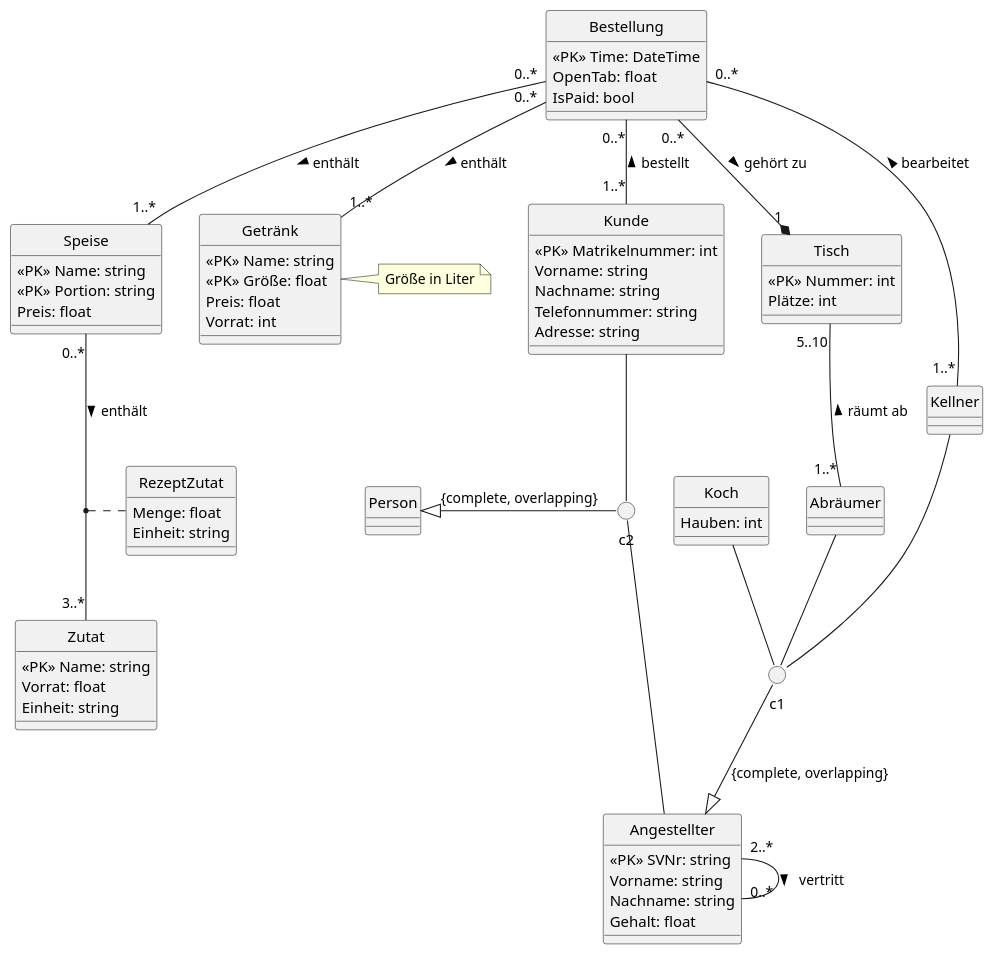
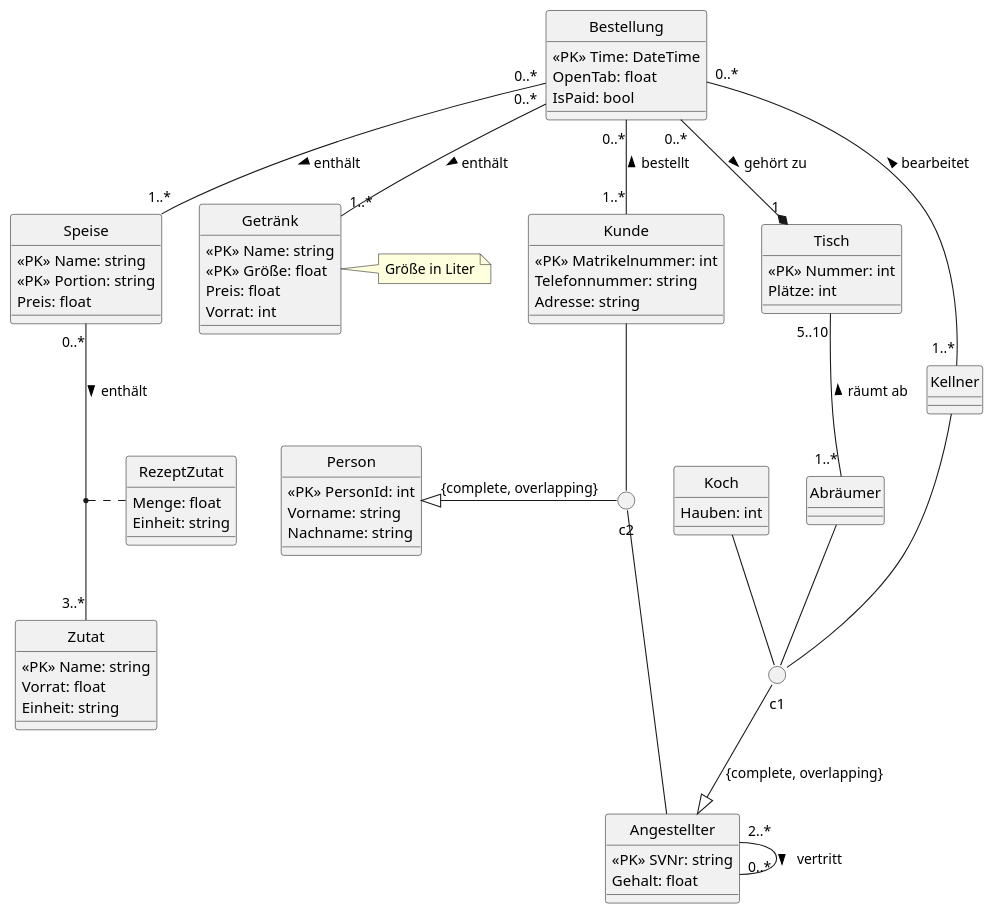
Before and after one commit to Xoechz/SEbaBB3: the diagram in DES/UE1/UE1_3.plantuml, drawn with PlantUML. The commit also changed 5 other files, not shown here.

```diff
--- a/DES/UE1/UE1_3.plantuml
+++ b/DES/UE1/UE1_3.plantuml
@@ -1,94 +1,94 @@
 @startuml UE1_3
 
 hide circles
 
 class Getränk{
     <<PK>> Name: string
     <<PK>> Größe: float
     Preis: float
     Vorrat: int
 }
 note right: Größe in Liter
 
 
 class Speise{
     <<PK>> Name: string
     <<PK>> Portion: string
     Preis: float
 }
 
 class Kunde{
     <<PK>> Matrikelnummer: int
-    Vorname: string
-    Nachname: string
     Telefonnummer: string
     Adresse: string
 }
 
 class Koch{
     Hauben: int
 }
 
 class Kellner
 class Abräumer
 
 class Angestellter{
     <<PK>> SVNr: string
-    Vorname: string
-    Nachname: string
     Gehalt: float
 }
 
-class Person
+class Person{
+    <<PK>> PersonId: int
+    Vorname: string
+    Nachname: string
+}
 
 class Zutat{
     <<PK>> Name: string
     Vorrat: float
     Einheit: string
 }
 
 class RezeptZutat{
     Menge: float
     Einheit: string
 }
 
 class Tisch{
     <<PK>> Nummer: int
     Plätze: int
 }
 
 class Bestellung{
     <<PK>> Time: DateTime
     OpenTab: float
     IsPaid: bool
 }
 
 Circle c1
 Circle c2
 
 Koch -down- c1
 Kellner -down- c1
 Abräumer -down- c1
 
 Kunde -down- c2
 Angestellter -left- c2
 
 c1 -down-|> Angestellter: {complete, overlapping}
 c2 -left-|> Person: {complete, overlapping}
 
 Speise "0..*" -down- "3..*" Zutat : enthält >
 
 (Speise, Zutat) .. RezeptZutat
 
 Abräumer "1..*" -up- "5..10" Tisch : räumt ab >
 
 Bestellung "0..*" -- "1..*" Kellner : bearbeitet <
 Bestellung "0..*" --* "1" Tisch : gehört zu >
 Bestellung "0..*" -down- "1..*" Kunde : bestellt <
 Bestellung "0..*" -down- "1..*" Speise : enthält >
 Bestellung "0..*" -down- "1..*" Getränk : enthält >
 
 Angestellter "2..*" -- "0..*" Angestellter: vertritt >
 
 
 @enduml
```
